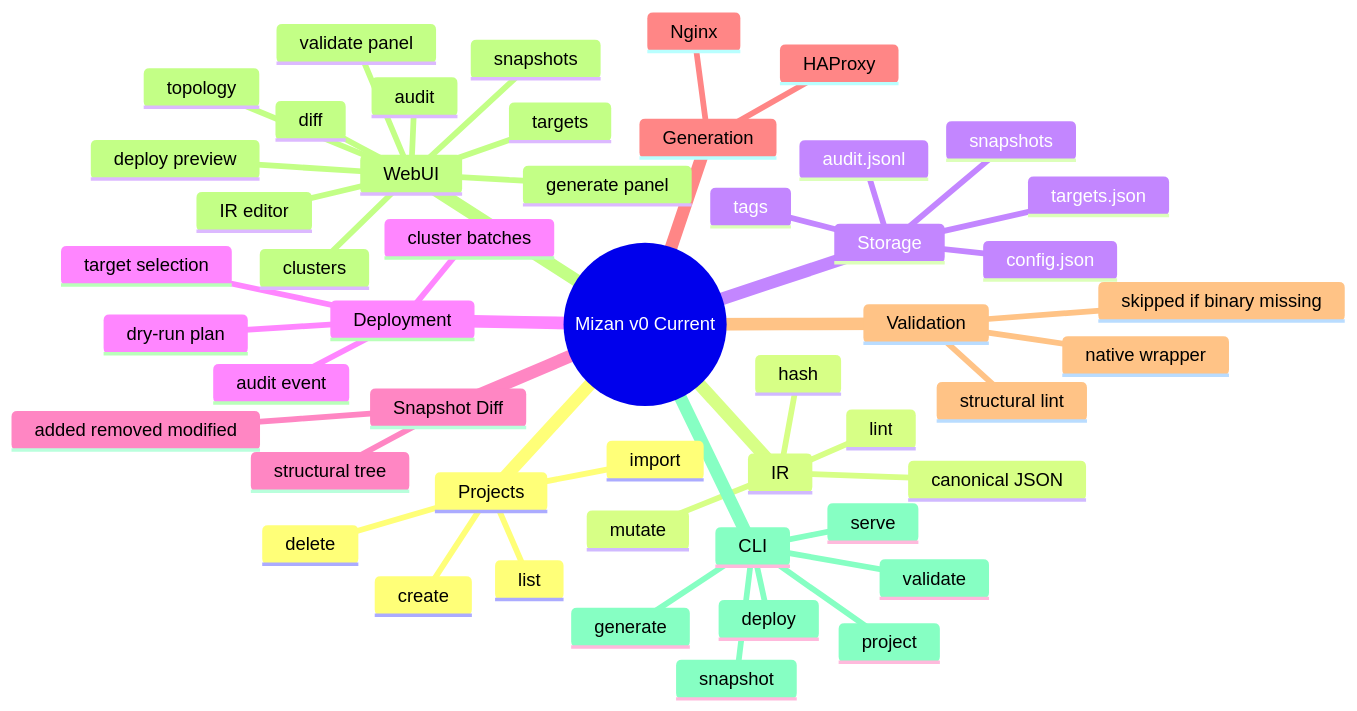
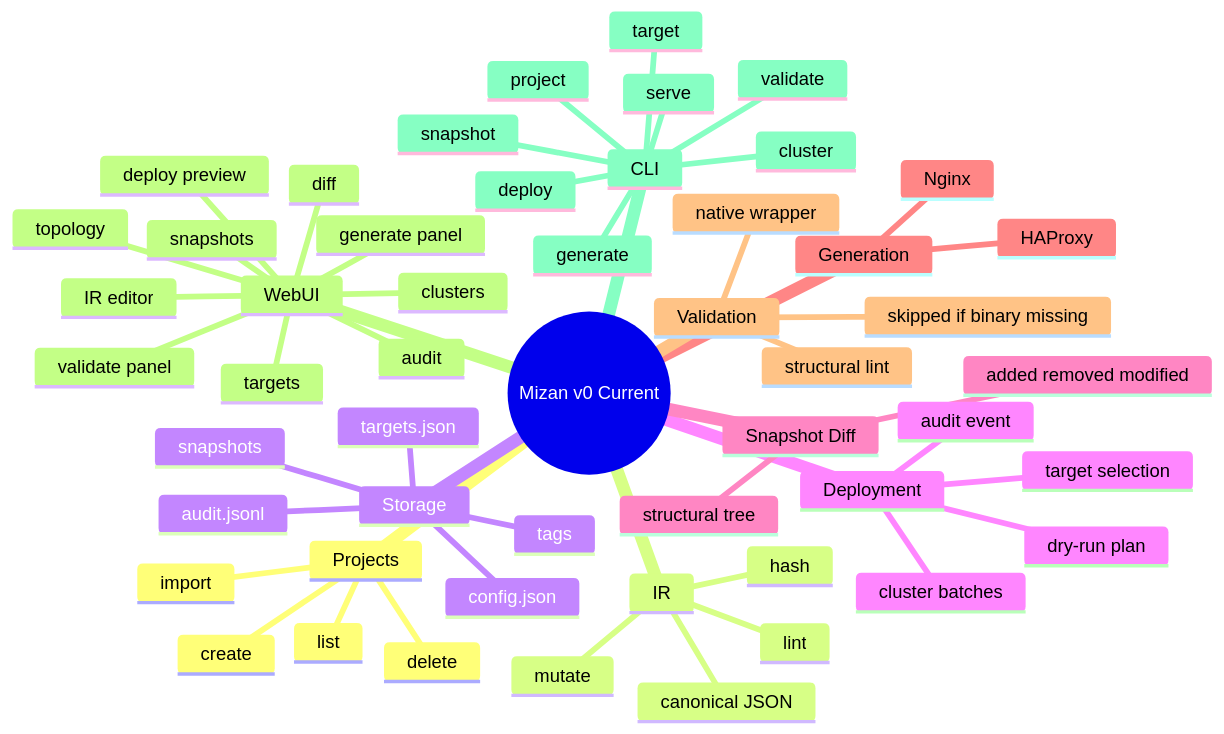
Before and after one commit to ersinkoc/Nizam: diagram 16 of 17 in ARCHITECTURE.md, drawn with Mermaid. The commit also changed other lines of this file and 3 other files, not shown here.

Commit message:
Add CLI target and cluster management

````diff
--- a/ARCHITECTURE.md
+++ b/ARCHITECTURE.md
@@ -471,53 +480,55 @@
 ```mermaid
 mindmap
   root((Mizan v0 Current))
     Projects
       create
       list
       delete
       import
     IR
       lint
       mutate
       hash
       canonical JSON
     Storage
       config.json
       snapshots
       tags
       audit.jsonl
       targets.json
     Deployment
       dry-run plan
       target selection
       cluster batches
       audit event
     Snapshot Diff
       structural tree
       added removed modified
     Generation
       HAProxy
       Nginx
     Validation
       structural lint
       native wrapper
       skipped if binary missing
     WebUI
       IR editor
       generate panel
       validate panel
       topology
       snapshots
       diff
       targets
       clusters
       deploy preview
       audit
     CLI
       serve
       project
       snapshot
+      target
+      cluster
       generate
       validate
       deploy
 ```
````
